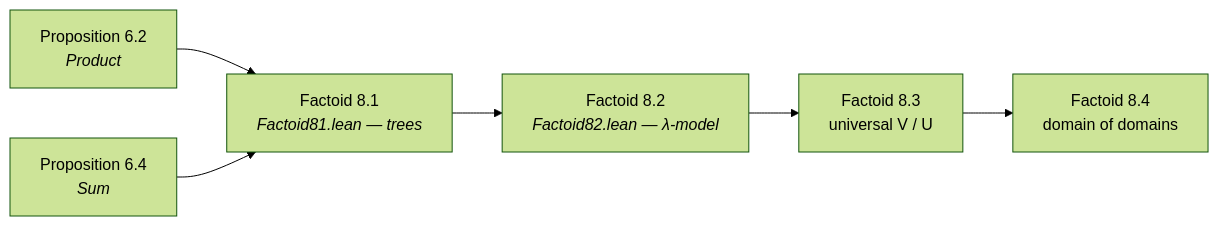
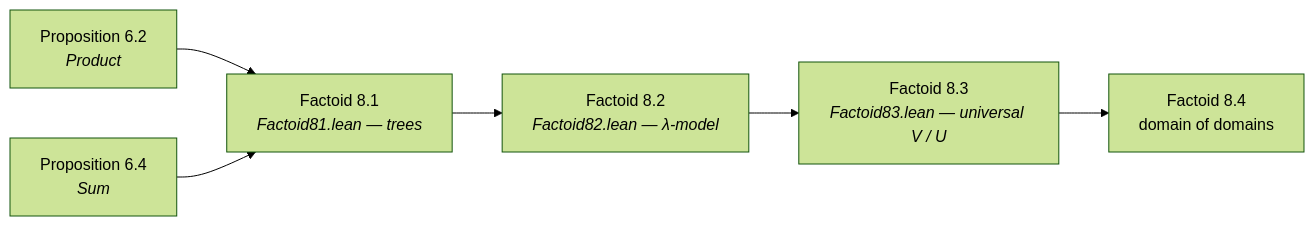
The tenth of 10 diagrams in arxiv.md (catskillsresearch/scott1982), drawn with Mermaid (forest theme) before and after one commit. The commit also changed other lines of this file and 1 other file, not shown here.

First line of the commit message:
Complete Factoid 8.3: package V with top and U by removing ∇.

````diff
--- a/arxiv.md
+++ b/arxiv.md
@@ -644,12 +644,12 @@
 ```mermaid
 flowchart LR
   P62["Proposition 6.2<br/><i>Product</i>"]
   P64["Proposition 6.4<br/><i>Sum</i>"]
   F81["Factoid 8.1<br/><i>Factoid81.lean — trees</i>"]
   F82["Factoid 8.2<br/><i>Factoid82.lean — λ-model</i>"]
-  F83["Factoid 8.3<br/>universal V / U"]
+  F83["Factoid 8.3<br/><i>Factoid83.lean — universal V / U</i>"]
   F84["Factoid 8.4<br/>domain of domains"]
   P62 --> F81
   P64 --> F81
   F81 --> F82 --> F83 --> F84
 ```
````
